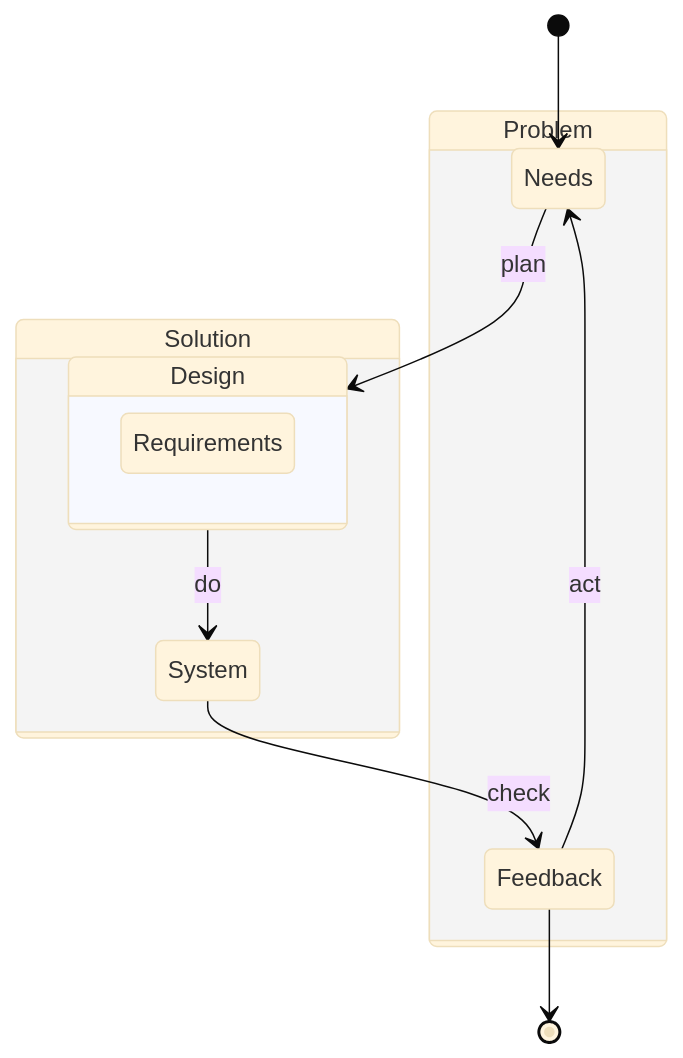
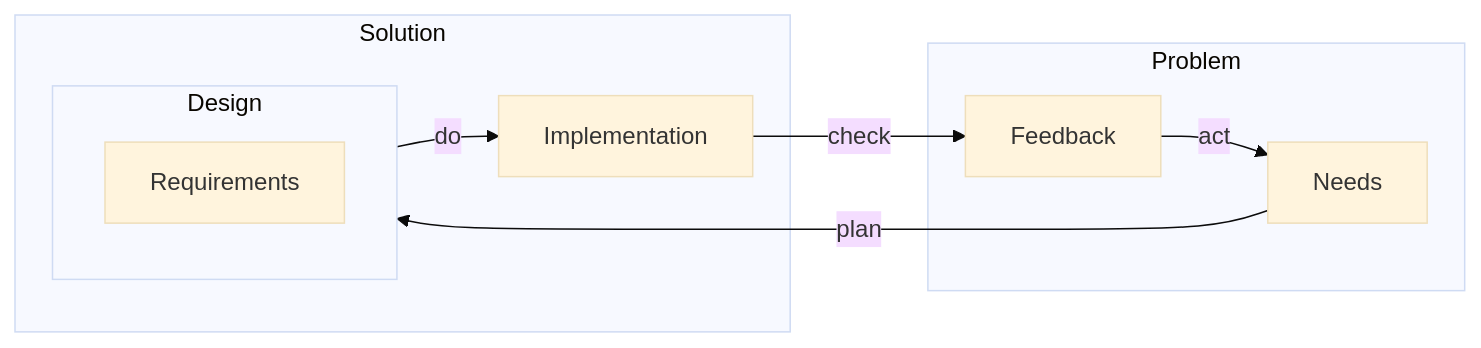
Before and after one commit to firstprinciplesthinking/paper_development_lifecycle: the sixth of 10 diagrams in README.md, drawn with Mermaid (base theme). The commit also changed other lines of this file, not shown here.

Commit message:
Switch all diagrams to flows.

````diff
--- a/README.md
+++ b/README.md
@@ -118,21 +115,19 @@
 ```mermaid
-   stateDiagram-v2
-      state Problem{
+   flowchart LR
+      subgraph Solution
+        subgraph Design
+            Requirements
+         end
+         Implementation
+      end
+      
+      subgraph Problem
          Needs
          Feedback
-      }
+      end
 
-      state Solution{
-        state Design{
-            Requirements
-        }
-         System
-      }
-
-      [*]-->Needs
-      System-->Feedback: check
-      Feedback-->Needs: act
-      Needs-->Design: plan
-      Design-->System: do
-      Feedback --> [*]
+      Needs--"plan"-->Design
+      Design--"do"-->Implementation
+      Implementation--"check"-->Feedback
+      Feedback--"act"-->Needs
 ```
````
